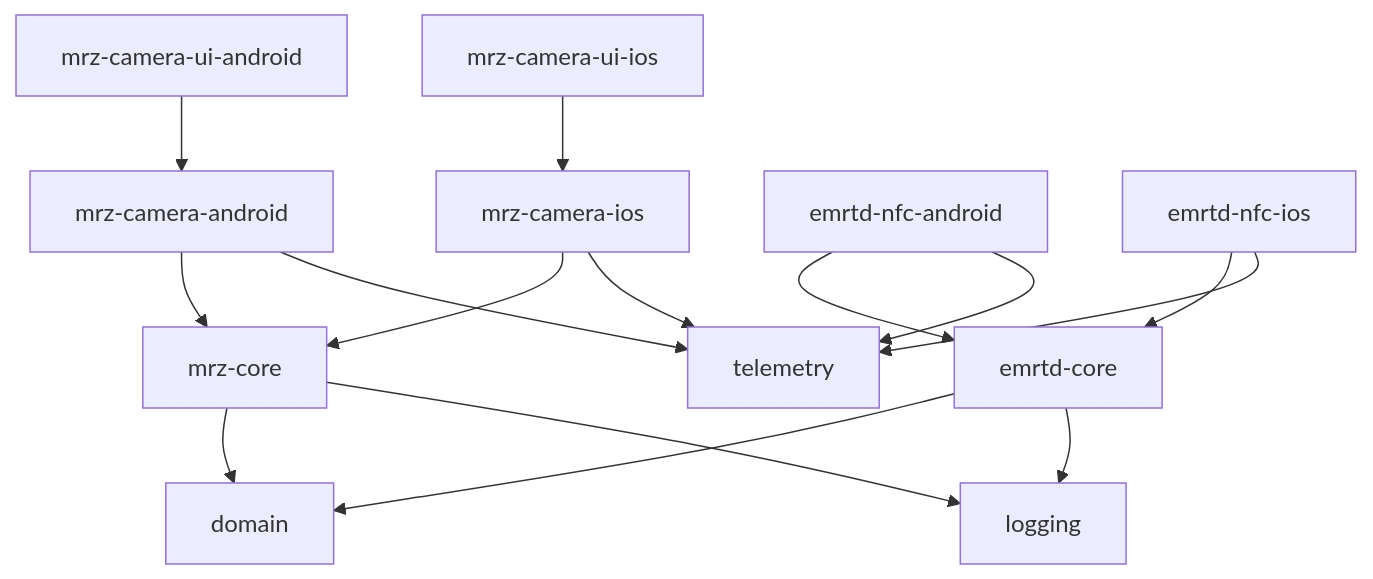
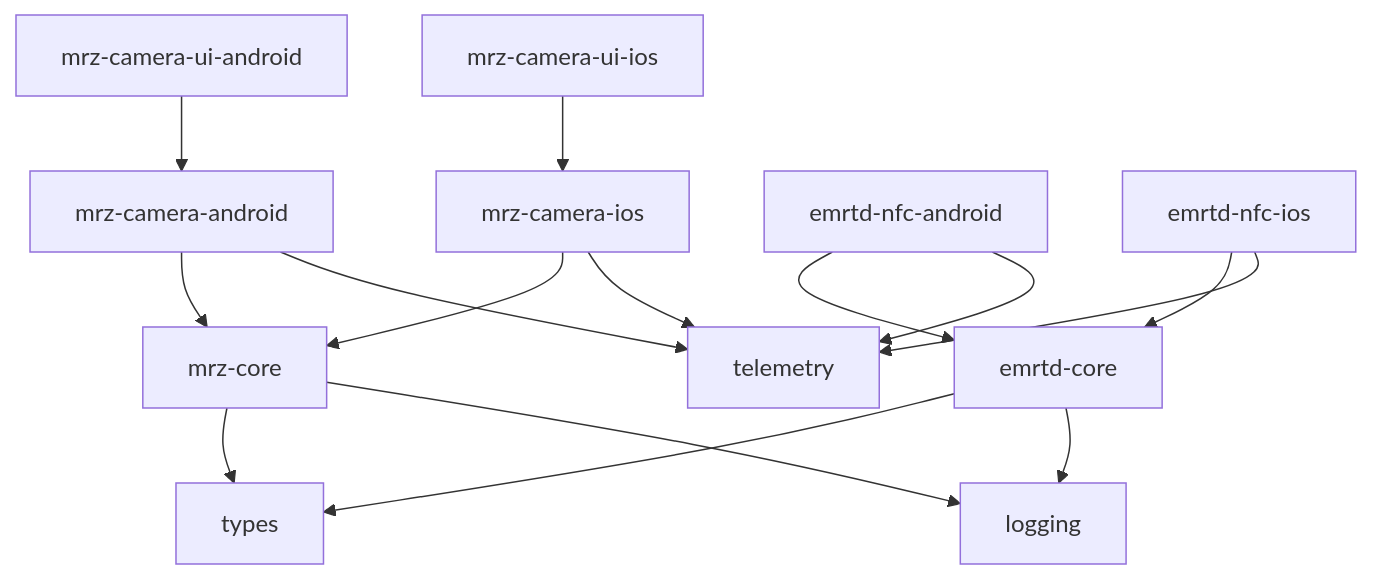
Before and after one commit to askerasadov/tessera: the diagram in docs/architecture.md, drawn with Mermaid. The commit also changed other lines of this file and 149 other files, not shown here.

First line of the commit message:
Rename domain module to types (#78)

````diff
--- a/docs/architecture.md
+++ b/docs/architecture.md
@@ -81,29 +81,29 @@
 ```mermaid
 graph TD
     UI_AND[mrz-camera-ui-android]
     UI_IOS[mrz-camera-ui-ios]
     CAM_AND[mrz-camera-android]
     CAM_IOS[mrz-camera-ios]
     NFC_AND[emrtd-nfc-android]
     NFC_IOS[emrtd-nfc-ios]
     MRZ[mrz-core]
     EMRTD[emrtd-core]
-    DOMAIN[domain]
+    TYPES[types]
     TEL[telemetry]
     LOG[logging]
 
     UI_AND --> CAM_AND
     UI_IOS --> CAM_IOS
     CAM_AND --> MRZ
     CAM_IOS --> MRZ
     NFC_AND --> EMRTD
     NFC_IOS --> EMRTD
-    MRZ --> DOMAIN
-    EMRTD --> DOMAIN
+    MRZ --> TYPES
+    EMRTD --> TYPES
     CAM_AND --> TEL
     CAM_IOS --> TEL
     NFC_AND --> TEL
     NFC_IOS --> TEL
     MRZ --> LOG
     EMRTD --> LOG
 ```
````
